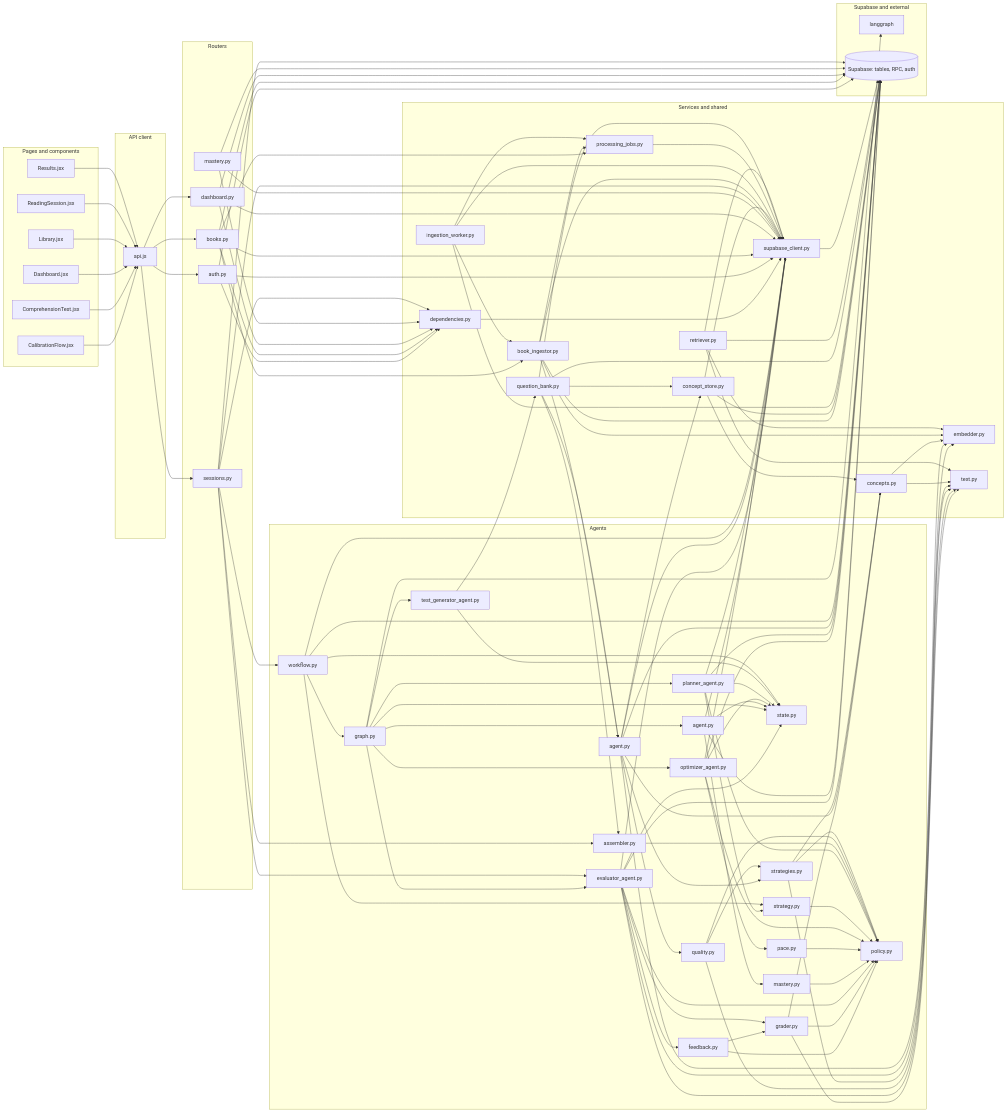
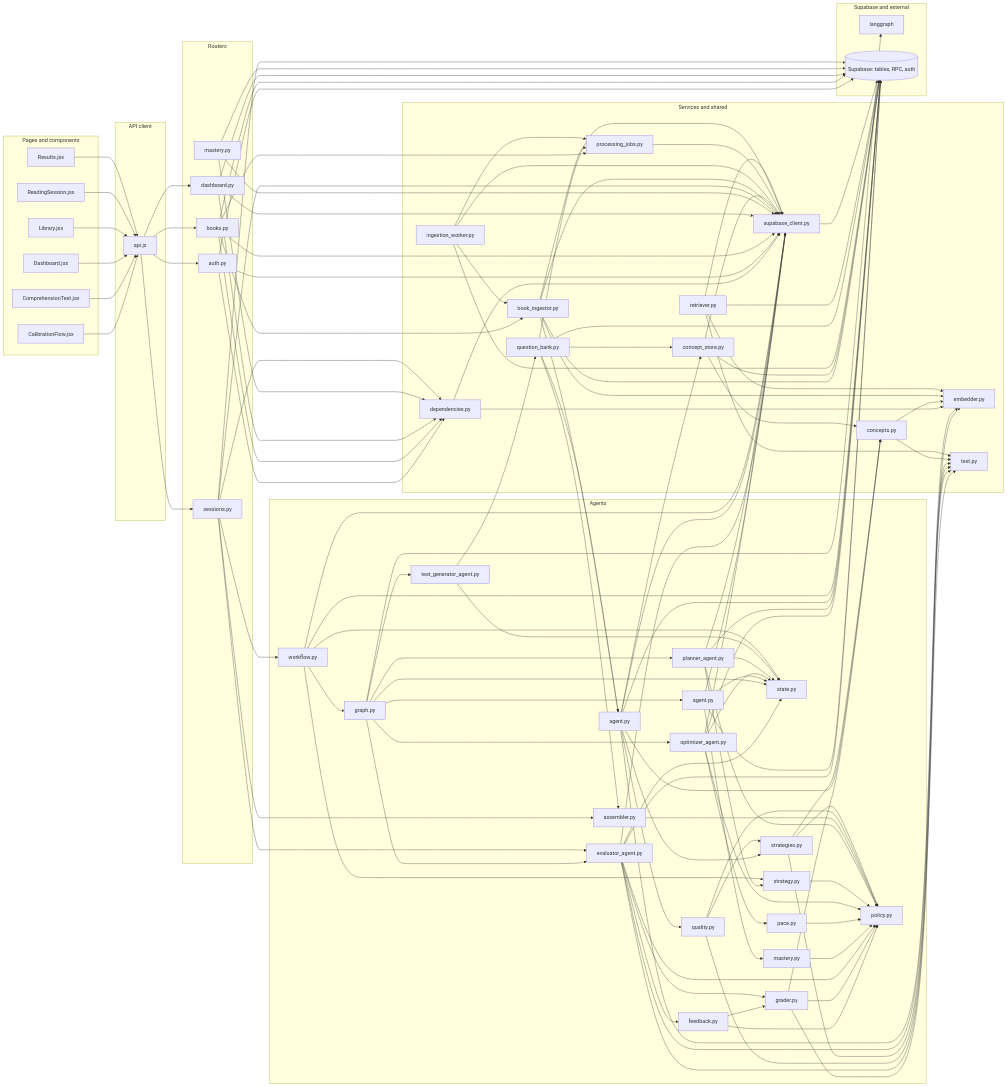
The first of 2 diagrams in docs/repo-graph/REPO_MAP.md (asparagusD/readfocus), drawn with Mermaid before and after one commit. The commit also changed other lines of this file and 14 other files, not shown here.

```diff
--- a/docs/repo-graph/REPO_MAP.md
+++ b/docs/repo-graph/REPO_MAP.md
@@ -125,6 +125,7 @@
   file_backend_agents_workflow_py --> file_backend_agents_state_py
   file_backend_agents_workflow_py --> file_backend_services_supabase_client_py
   file_backend_agents_workflow_py --> supabase
+  file_backend_dependencies_py --> file_backend_nlp_embedder_py
   file_backend_dependencies_py --> file_backend_services_supabase_client_py
   file_backend_nlp_concepts_py --> file_backend_nlp_embedder_py
   file_backend_nlp_concepts_py --> file_backend_nlp_text_py
```
